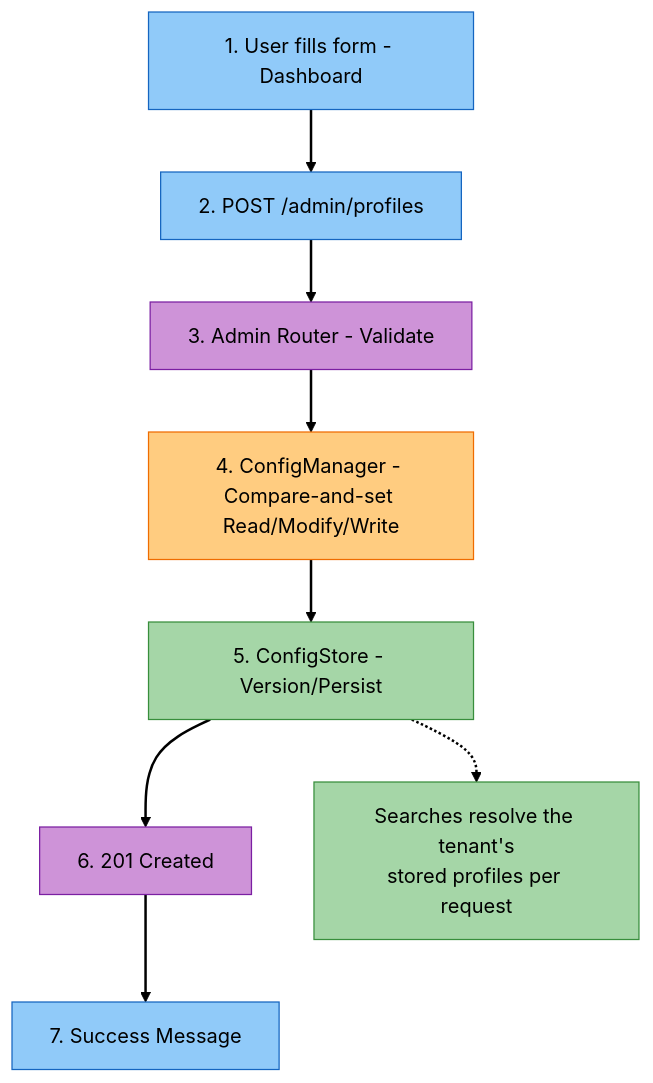
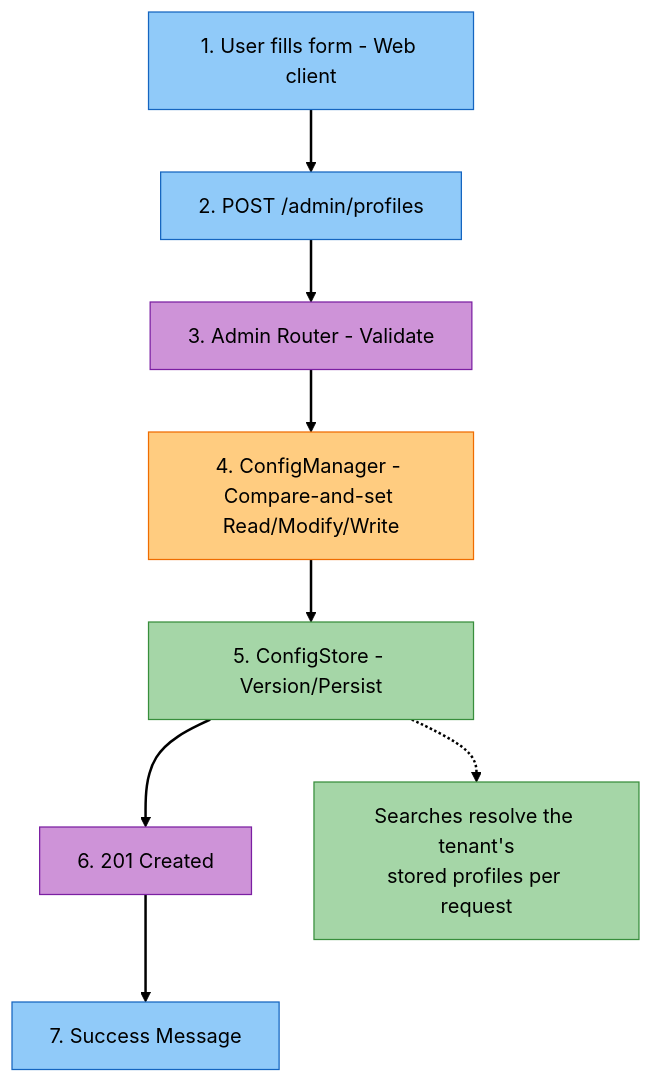
The second of 4 diagrams in docs/architecture/dynamic-profiles.md (amit-jain/cogniverse), drawn with Mermaid before and after one commit. The commit also changed other lines of this file and 241 other files, not shown here.

````diff
--- a/docs/architecture/dynamic-profiles.md
+++ b/docs/architecture/dynamic-profiles.md
@@ -450,30 +373,30 @@
 ```mermaid
 flowchart TB
-    User["<span style='color:#000'>1. User fills form - Dashboard</span>"]
+    User["<span style='color:#000'>1. User fills form - Web client</span>"]
     API["<span style='color:#000'>2. POST /admin/profiles</span>"]
     Router["<span style='color:#000'>3. Admin Router - Validate</span>"]
     ConfigMgr["<span style='color:#000'>4. ConfigManager - Compare-and-set Read/Modify/Write</span>"]
     Store["<span style='color:#000'>5. ConfigStore - Version/Persist</span>"]
     Response["<span style='color:#000'>6. 201 Created</span>"]
     Success["<span style='color:#000'>7. Success Message</span>"]
     Search["<span style='color:#000'>Searches resolve the tenant's<br/>stored profiles per request</span>"]
 
     User --> API
     API --> Router
     Router --> ConfigMgr
     ConfigMgr --> Store
     Store --> Response
     Response --> Success
     Store -.-> Search
 
     style User fill:#90caf9,stroke:#1565c0,color:#000
     style API fill:#90caf9,stroke:#1565c0,color:#000
     style Router fill:#ce93d8,stroke:#7b1fa2,color:#000
     style ConfigMgr fill:#ffcc80,stroke:#ef6c00,color:#000
     style Store fill:#a5d6a7,stroke:#388e3c,color:#000
     style Response fill:#ce93d8,stroke:#7b1fa2,color:#000
     style Success fill:#90caf9,stroke:#1565c0,color:#000
     style Search fill:#a5d6a7,stroke:#388e3c,color:#000
 
     linkStyle 0,1,2,3,4,5,6 stroke:#000,stroke-width:2px
 ```
````
